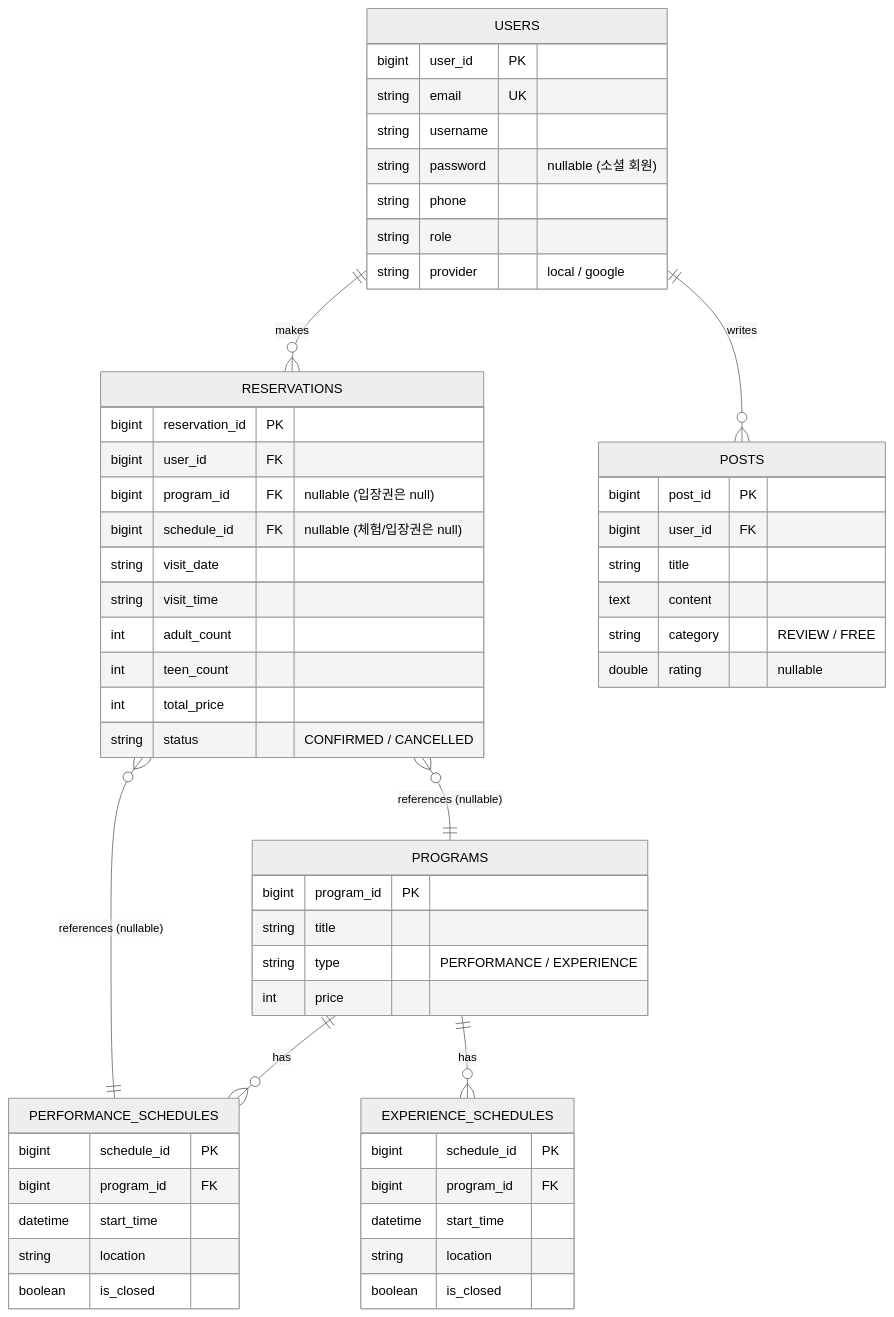
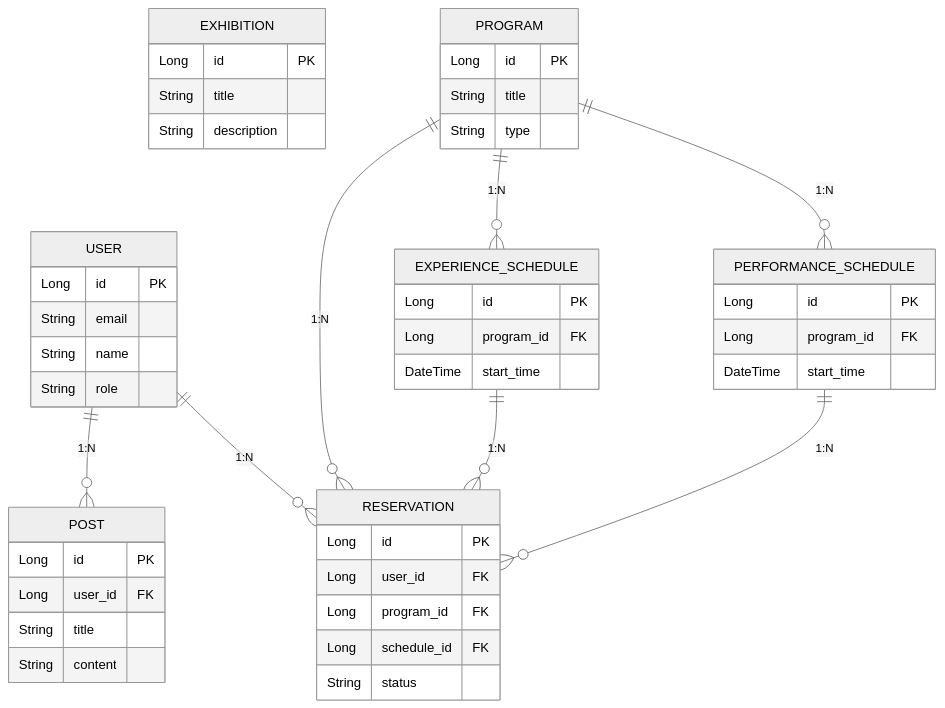
Before and after one commit to kitpractice703/aquarium: the second of 2 diagrams in README.md, drawn with Mermaid (neutral theme). The commit also changed 1 other file, not shown here.

````diff
--- a/README.md
+++ b/README.md
@@ -70,64 +70,58 @@
 ```mermaid
 erDiagram
-    USERS ||--o{ RESERVATIONS : makes
-    USERS ||--o{ POSTS : writes
-    PROGRAMS ||--o{ PERFORMANCE_SCHEDULES : has
-    PROGRAMS ||--o{ EXPERIENCE_SCHEDULES : has
-    RESERVATIONS }o--|| PROGRAMS : "references (nullable)"
-    RESERVATIONS }o--|| PERFORMANCE_SCHEDULES : "references (nullable)"
-
-    USERS {
-        bigint user_id PK
-        string email UK
-        string username
-        string password "nullable (소셜 회원)"
-        string phone
-        string role
-        string provider "local / google"
+    EXHIBITION {
+        Long id PK
+        String title
+        String description
     }
 
-    PROGRAMS {
-        bigint program_id PK
-        string title
-        string type "PERFORMANCE / EXPERIENCE"
-        int price
+    USER {
+        Long id PK
+        String email
+        String name
+        String role
     }
 
-    RESERVATIONS {
-        bigint reservation_id PK
-        bigint user_id FK
-        bigint program_id FK "nullable (입장권은 null)"
-        bigint schedule_id FK "nullable (체험/입장권은 null)"
-        string visit_date
-        string visit_time
-        int adult_count
-        int teen_count
-        int total_price
-        string status "CONFIRMED / CANCELLED"
+    PROGRAM {
+        Long id PK
+        String title
+        String type
     }
 
-    POSTS {
-        bigint post_id PK
-        bigint user_id FK
-        string title
-        text content
-        string category "REVIEW / FREE"
-        double rating "nullable"
+    PERFORMANCE_SCHEDULE {
+        Long id PK
+        Long program_id FK
+        DateTime start_time
     }
 
-    PERFORMANCE_SCHEDULES {
-        bigint schedule_id PK
-        bigint program_id FK
-        datetime start_time
-        string location
-        boolean is_closed
+    EXPERIENCE_SCHEDULE {
+        Long id PK
+        Long program_id FK
+        DateTime start_time
     }
 
-    EXPERIENCE_SCHEDULES {
-        bigint schedule_id PK
-        bigint program_id FK
-        datetime start_time
-        string location
-        boolean is_closed
+    RESERVATION {
+        Long id PK
+        Long user_id FK
+        Long program_id FK
+        Long schedule_id FK
+        String status
     }
+
+    POST {
+        Long id PK
+        Long user_id FK
+        String title
+        String content
+    }
+
+    USER ||--o{ RESERVATION : "1:N"
+    USER ||--o{ POST : "1:N"
+
+    PROGRAM ||--o{ PERFORMANCE_SCHEDULE : "1:N"
+    PROGRAM ||--o{ EXPERIENCE_SCHEDULE : "1:N"
+    PROGRAM ||--o{ RESERVATION : "1:N"
+
+    PERFORMANCE_SCHEDULE ||--o{ RESERVATION : "1:N"
+    EXPERIENCE_SCHEDULE ||--o{ RESERVATION : "1:N"
 ```
````
